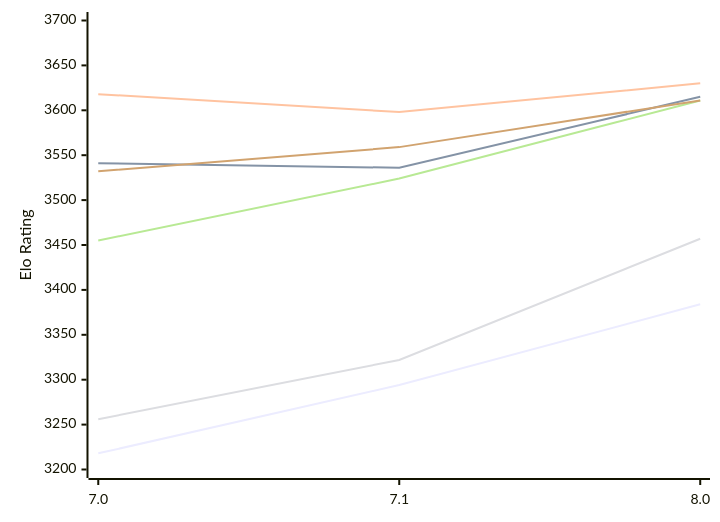
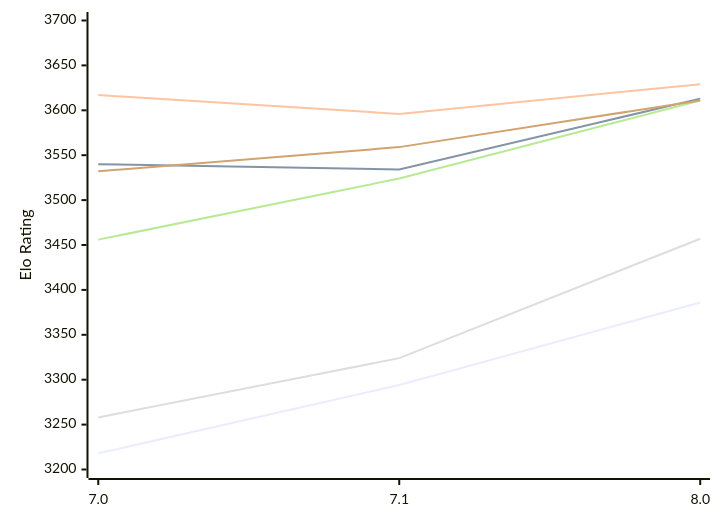
Before and after one commit to computer-chess-index/cci: the first of 2 diagrams in engines/PZChessBot.md, drawn with Mermaid. The commit also changed other lines of this file, not shown here.

Commit message:
Update CCI Ratings (ELO VLTC) - 2026-11-28

````diff
--- a/engines/PZChessBot.md
+++ b/engines/PZChessBot.md
@@ -55,12 +55,12 @@
 ```mermaid
 %%{init: {"theme":"base","themeVariables":{"seriesColors:['#a3a3a3','#222221','#faa371']}}}%%
 xychart-beta
   x-axis ["7.0", "7.1", "8.0"]
   y-axis "Elo Rating" 3200 --> 3700
-  line "E1: STC (8.0+0.08s)" [3218, 3294, 3384]
-  line "E1: LTC (60.0+0.60s)" [3541, 3536, 3615]
-  line "E1: VLTC (2m24s+1.12s)" [3618, 3598, 3630]
-  line "P1: STC (8.0+0.08s)" [3256, 3322, 3457]
-  line "P1: LTC (60.0+0.60s)" [3455, 3524, 3611]
+  line "E1: STC (8.0+0.08s)" [3218, 3294, 3386]
+  line "E1: LTC (60.0+0.60s)" [3540, 3534, 3613]
+  line "E1: VLTC (2m24s+1.12s)" [3617, 3596, 3629]
+  line "P1: STC (8.0+0.08s)" [3258, 3324, 3457]
+  line "P1: LTC (60.0+0.60s)" [3456, 3524, 3611]
   line "P1: VLTC (2m24s+1.12s)" [3532, 3559, 3611]
 ```
````
